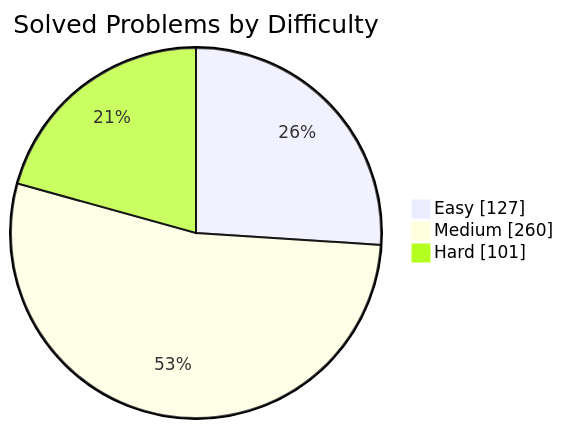
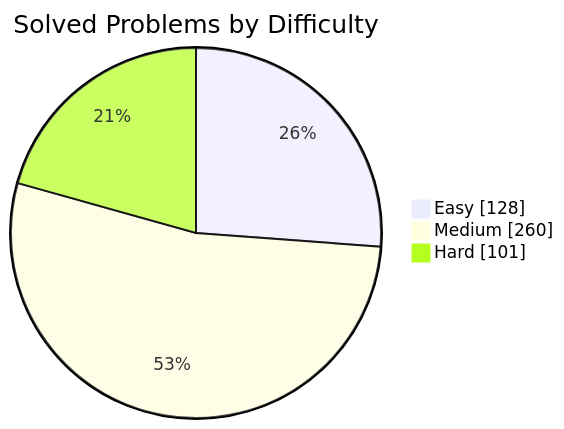
One commit to manikantbindass/DSA-Preparation-FAANG changed the first of 2 diagrams in README.md. Above: the diagram before and after it, drawn with Mermaid. The commit also changed other lines of this file and 1 other file, not shown here.

````diff
--- a/README.md
+++ b/README.md
@@ -77,7 +77,7 @@
 ```mermaid
 pie showData
     title Solved Problems by Difficulty
-    "Easy" : 127
+    "Easy" : 128
     "Medium" : 260
     "Hard" : 101
 ```
````
